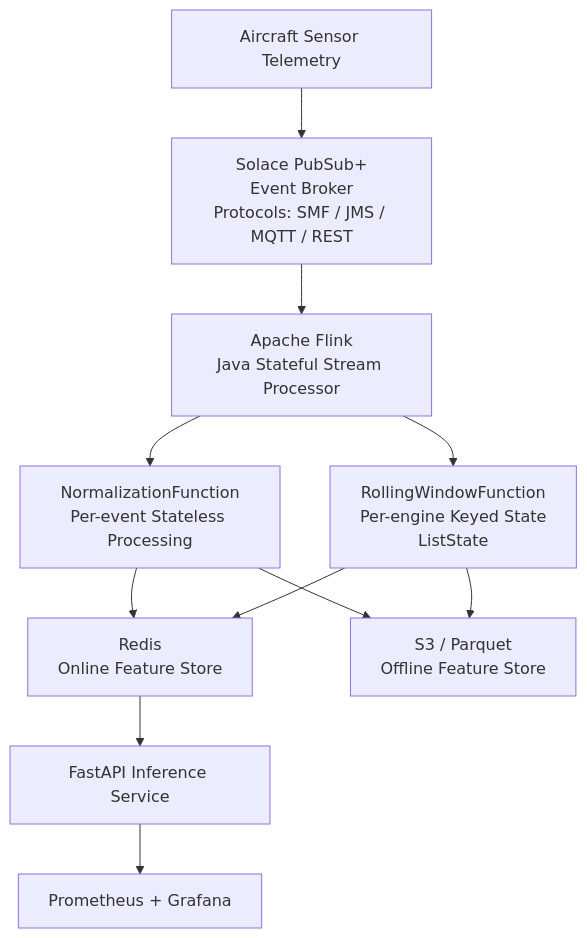
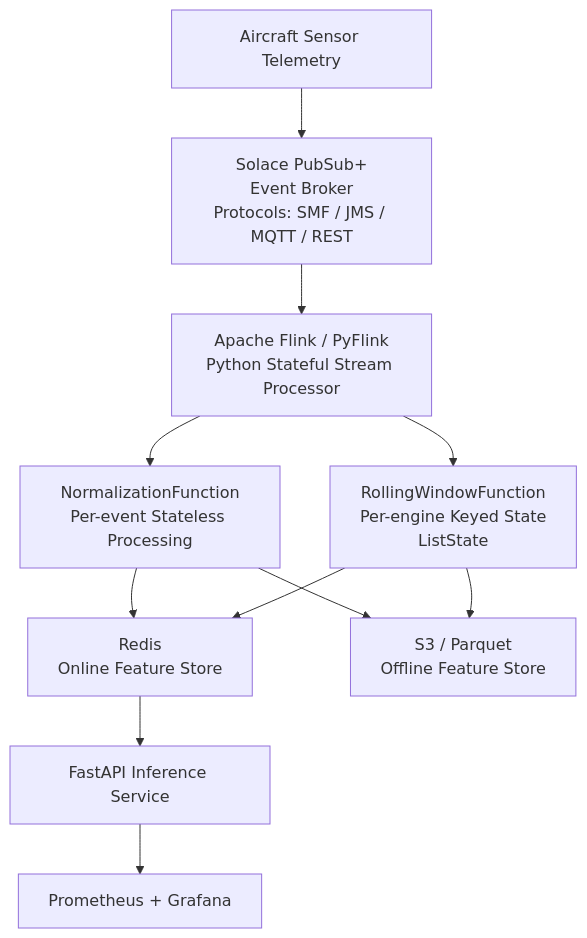
One commit to nasim-raj-laskar/Real-Time-Aircraft-Engine-Predictive-Maintenance-System changed the diagram in docs/06_streaming_pipeline.md. Above: the diagram before and after it, drawn with Mermaid. The commit also changed other lines of this file, not shown here.

````diff
--- a/docs/06_streaming_pipeline.md
+++ b/docs/06_streaming_pipeline.md
@@ -7,37 +7,37 @@
 ```mermaid
 flowchart TD
 
     A[Aircraft Sensor Telemetry]
 
     B[Solace PubSub+<br/>Event Broker<br/>Protocols: SMF / JMS / MQTT / REST]
 
-    C[Apache Flink<br/>Java Stateful Stream Processor]
+    C[Apache Flink / PyFlink<br/>Python Stateful Stream Processor]
 
     D[NormalizationFunction<br/>Per-event Stateless Processing]
 
     E[RollingWindowFunction<br/>Per-engine Keyed State<br/>ListState]
 
     F[Redis<br/>Online Feature Store]
 
     G[S3 / Parquet<br/>Offline Feature Store]
 
     H[FastAPI Inference Service]
 
     I[Prometheus + Grafana]
 
     A --> B
     B --> C
 
     C --> D
     C --> E
 
     D --> F
     E --> F
 
     D --> G
     E --> G
 
     F --> H
 
     H --> I
 ```
````
